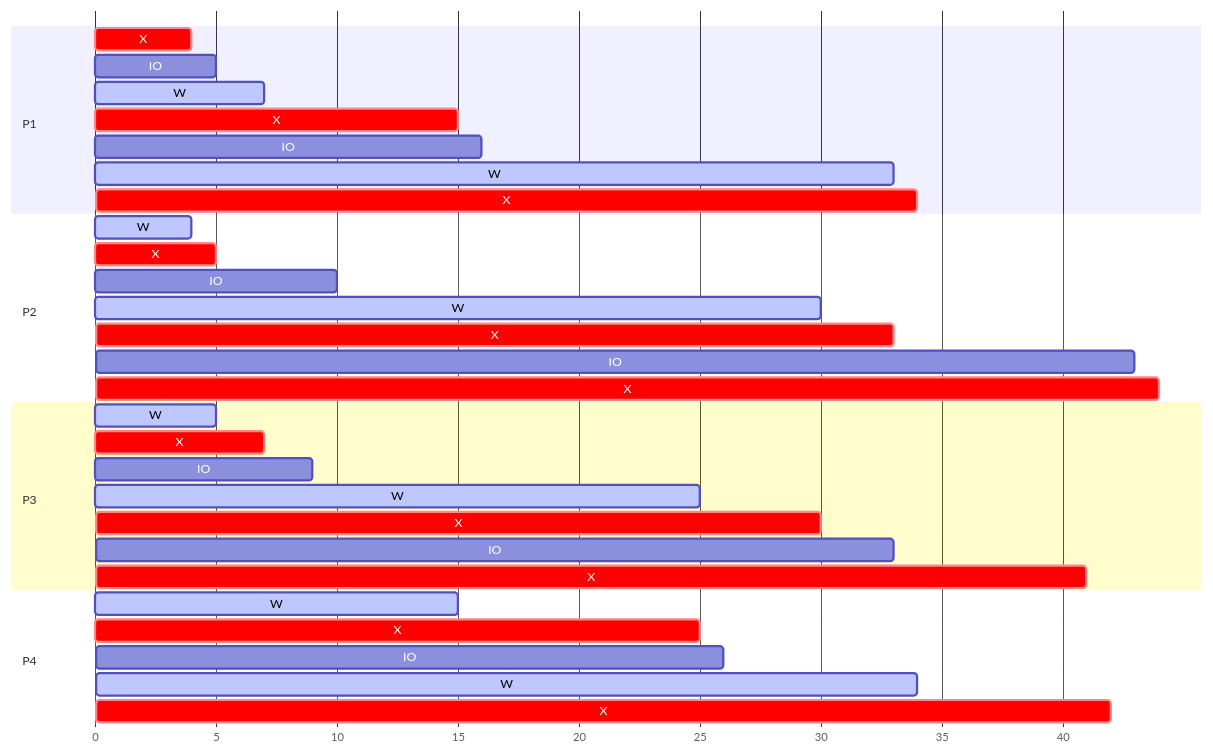
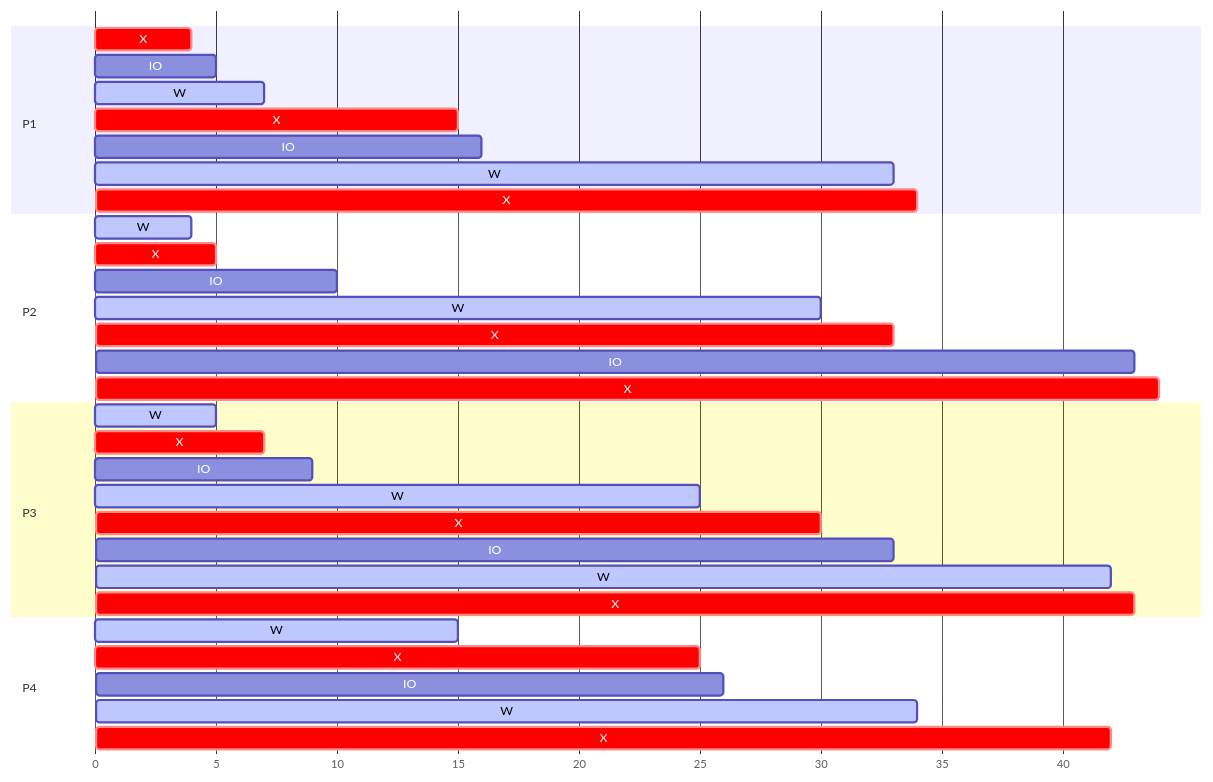
Before and after one commit to angelromarco04/MyNotes: the diagram in CS/OS/data/25_scheduling.md, drawn with Mermaid.

Commit message:
-03-2024_1941

````diff
--- a/CS/OS/data/25_scheduling.md
+++ b/CS/OS/data/25_scheduling.md
@@ -41,40 +41,41 @@
 ```mermaid
 ---
 displayMode: compact
 ---
 gantt
     dateFormat X
     axisFormat %s
     
     section P1
         X       : crit, a, 0, 4
         IO      : a, 4, 5
 		W       : active, a, 5, 7
 		X       : crit, a, 7, 15
 		IO      : a, 15, 16
 		W       : active, a, 16, 33
 		X       : crit, a, 33, 34
     section P2
 	    W       : active, b, 2, 4
 	    X       : crit, b, 4, 5
 	    IO      : b, 5, 10
 	    W       : active, b, 10, 30
 	    X       : crit, b, 30, 33
 	    IO      : b, 33, 43
 	    X       : crit, b, 43, 44
 	section P3
 		W       : active, c, 4, 5
 		X       : crit, c, 5, 7
 	    IO      : c, 7, 9
 	    W       : active, c, 9, 25
 	    X       : crit, c, 25, 30
 	    IO      : c, 30, 33
-	    X       : crit, c, 42, 41
+	    W       : active, c, 33, 42
+	    X       : crit, c, 42, 43
 	section P4
 		W       : active, d, 6, 15
 		X       : crit, d, 15, 25
 		IO      : d, 25, 26
 		W       : active, d, 26, 34
 		X       : crit, d, 34, 42
 
 ```
````
